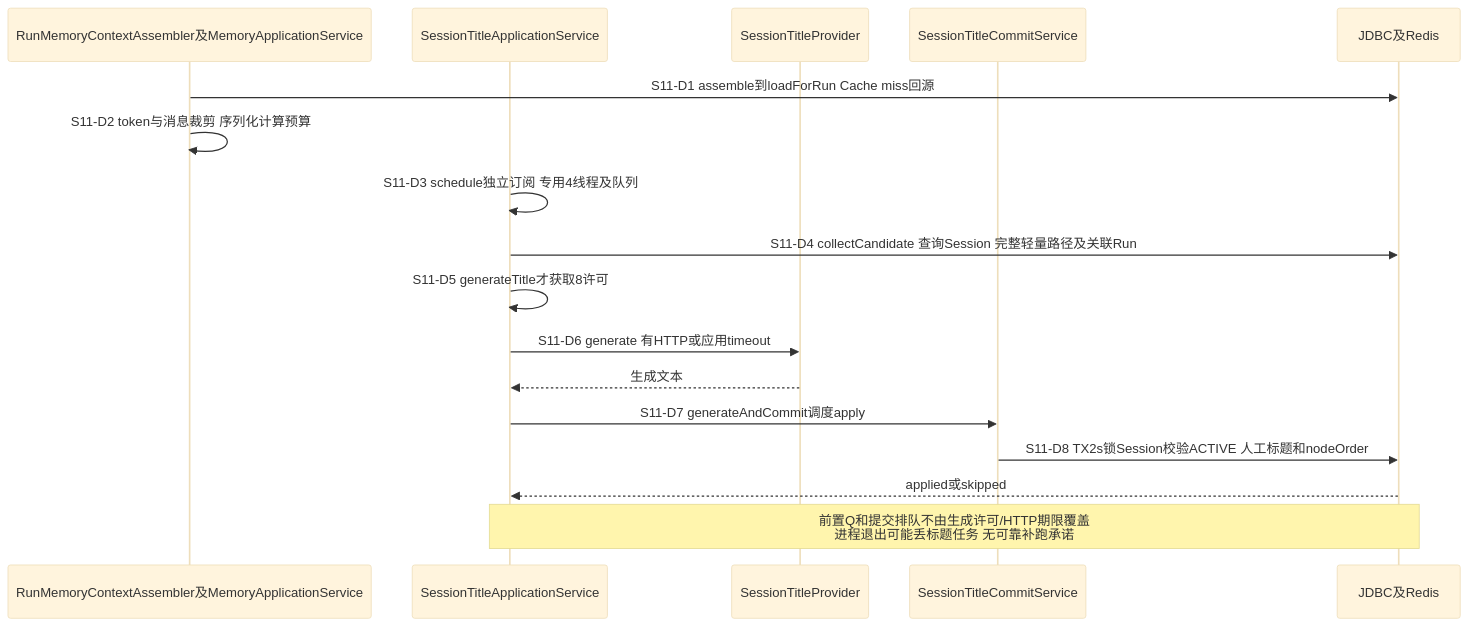
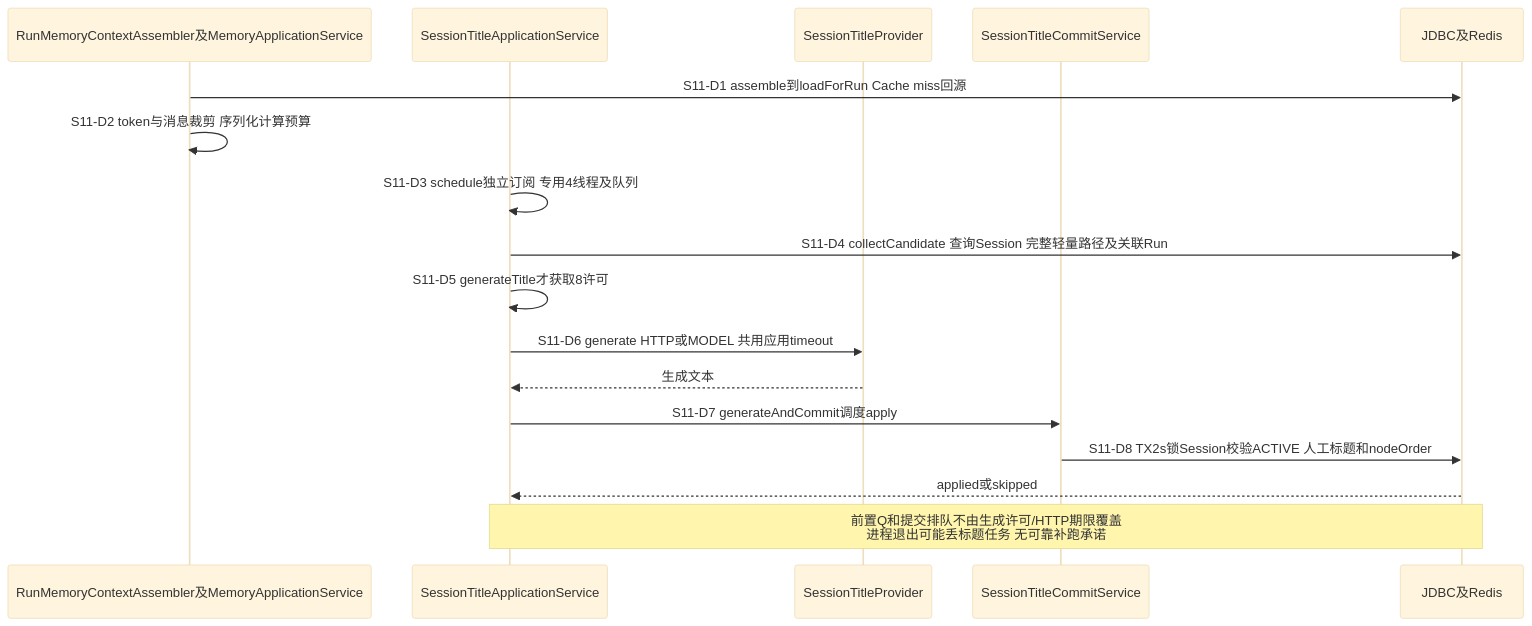
Diagram 22 of 24 in docs/architecture/high-availability/scenarios.md (kunben-duck/exweb), drawn with Mermaid (base theme) before and after one commit. The commit also changed other lines of this file and 13 other files, not shown here.

````diff
--- a/docs/architecture/high-availability/scenarios.md
+++ b/docs/architecture/high-availability/scenarios.md
@@ -887,19 +887,19 @@
 ```mermaid
 sequenceDiagram
     participant MEM as RunMemoryContextAssembler及MemoryApplicationService
     participant TTL as SessionTitleApplicationService
     participant PROVIDER as SessionTitleProvider
     participant COM as SessionTitleCommitService
     participant DB as JDBC及Redis
     MEM->>DB: S11-D1 assemble到loadForRun Cache miss回源
     MEM->>MEM: S11-D2 token与消息裁剪 序列化计算预算
     TTL->>TTL: S11-D3 schedule独立订阅 专用4线程及队列
     TTL->>DB: S11-D4 collectCandidate 查询Session 完整轻量路径及关联Run
     TTL->>TTL: S11-D5 generateTitle才获取8许可
-    TTL->>PROVIDER: S11-D6 generate 有HTTP或应用timeout
+    TTL->>PROVIDER: S11-D6 generate HTTP或MODEL 共用应用timeout
     PROVIDER-->>TTL: 生成文本
     TTL->>COM: S11-D7 generateAndCommit调度apply
     COM->>DB: S11-D8 TX2s锁Session校验ACTIVE 人工标题和nodeOrder
     DB-->>TTL: applied或skipped
     Note over TTL,DB: 前置Q和提交排队不由生成许可/HTTP期限覆盖<br/>进程退出可能丢标题任务 无可靠补跑承诺
 ```
````
